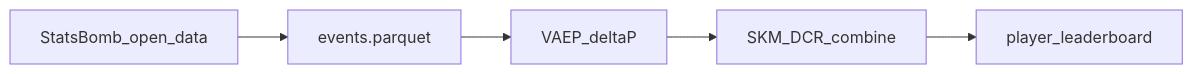
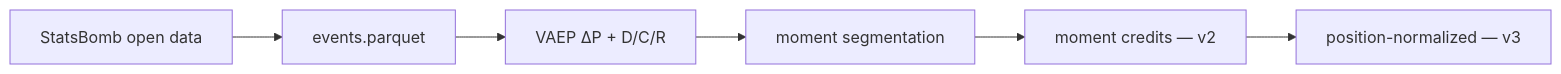
One commit to ChinmayA301/skm-football changed the diagram in README.md. Above: the diagram before and after it, drawn with Mermaid. The commit also changed other lines of this file and 10 other files, not shown here.

````diff
--- a/README.md
+++ b/README.md
@@ -21,9 +40,10 @@
 ```mermaid
 flowchart LR
-  StatsBomb[StatsBomb_open_data]
+  StatsBomb[StatsBomb open data]
   Events[events.parquet]
-  VAEP[VAEP_deltaP]
-  SKM[SKM_DCR_combine]
-  Board[player_leaderboard]
-  StatsBomb --> Events --> VAEP --> SKM --> Board
+  VAEP[VAEP ΔP + D/C/R]
+  Moments[moment segmentation]
+  Credits[moment credits — v2]
+  V3[position-normalized — v3]
+  StatsBomb --> Events --> VAEP --> Moments --> Credits --> V3
 ```
````
